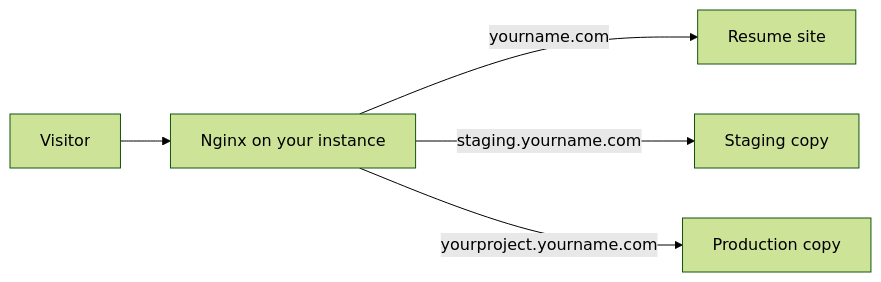
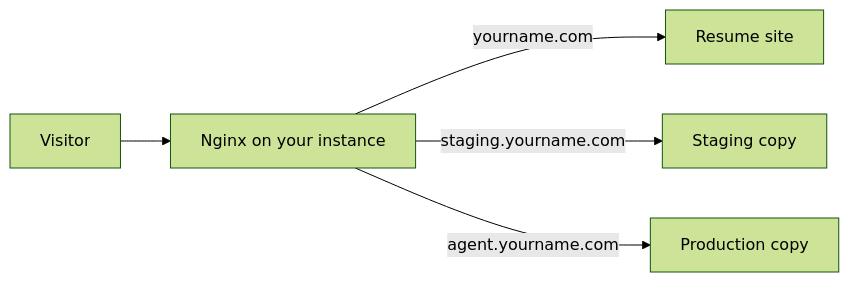
The second of 2 diagrams in guides/staging-and-production.md (LMU-ISBA/isba-4775-fa26), drawn with Mermaid (forest theme) before and after one commit. The commit also changed other lines of this file and 2 other files, not shown here.

Commit message:
Use agent.yourname.com as the production address for everyone

````diff
--- a/guides/staging-and-production.md
+++ b/guides/staging-and-production.md
@@ -310,13 +310,13 @@
 ```mermaid
 flowchart LR
     V["Visitor"]
     N["Nginx on your instance"]
     R["Resume site"]
     S["Staging copy"]
     P["Production copy"]
 
     V --> N
     N -->|"yourname.com"| R
     N -->|"staging.yourname.com"| S
-    N -->|"yourproject.yourname.com"| P
+    N -->|"agent.yourname.com"| P
 ```
````
